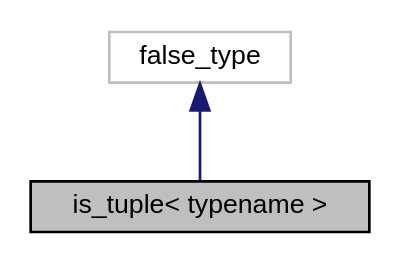
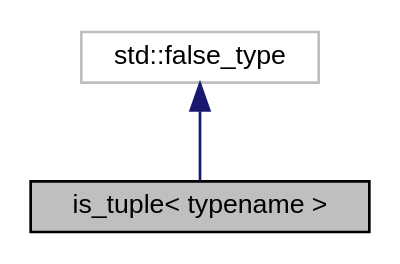
Before and after one commit to Rishat22/ConditionalIPAddressPrintingFunction: the diagram in structis__tuple__coll__graph.dot, drawn with Graphviz. The commit also changed 45 other files, not shown here.

```diff
--- a/structis__tuple__coll__graph.dot
+++ b/structis__tuple__coll__graph.dot
@@ -1,9 +1,9 @@
 digraph "is_tuple&lt; typename &gt;"
 {
  // LATEX_PDF_SIZE
   edge [fontname="Helvetica",fontsize="10",labelfontname="Helvetica",labelfontsize="10"];
   node [fontname="Helvetica",fontsize="10",shape=record];
   Node1 [label="is_tuple\< typename \>",height=0.2,width=0.4,color="black", fillcolor="grey75", style="filled", fontcolor="black",tooltip=" "];
   Node2 -> Node1 [dir="back",color="midnightblue",fontsize="10",style="solid",fontname="Helvetica"];
-  Node2 [label="false_type",height=0.2,width=0.4,color="grey75", fillcolor="white", style="filled",tooltip=" "];
+  Node2 [label="std::false_type",height=0.2,width=0.4,color="grey75", fillcolor="white", style="filled",tooltip=" "];
 }
```
